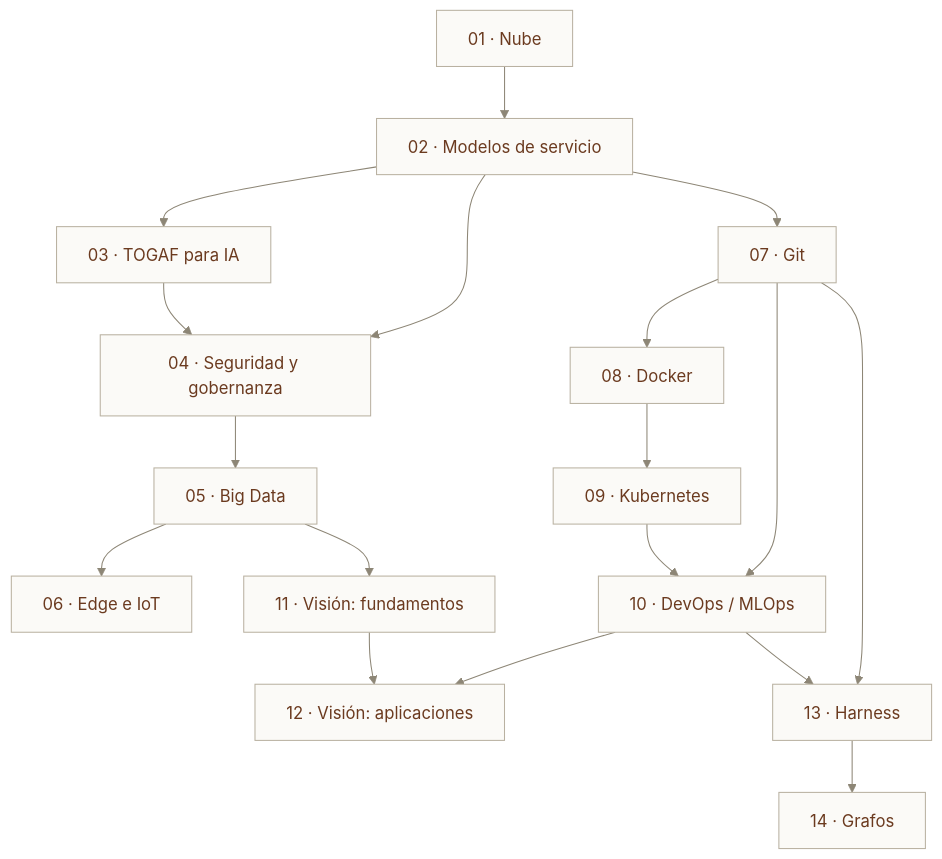
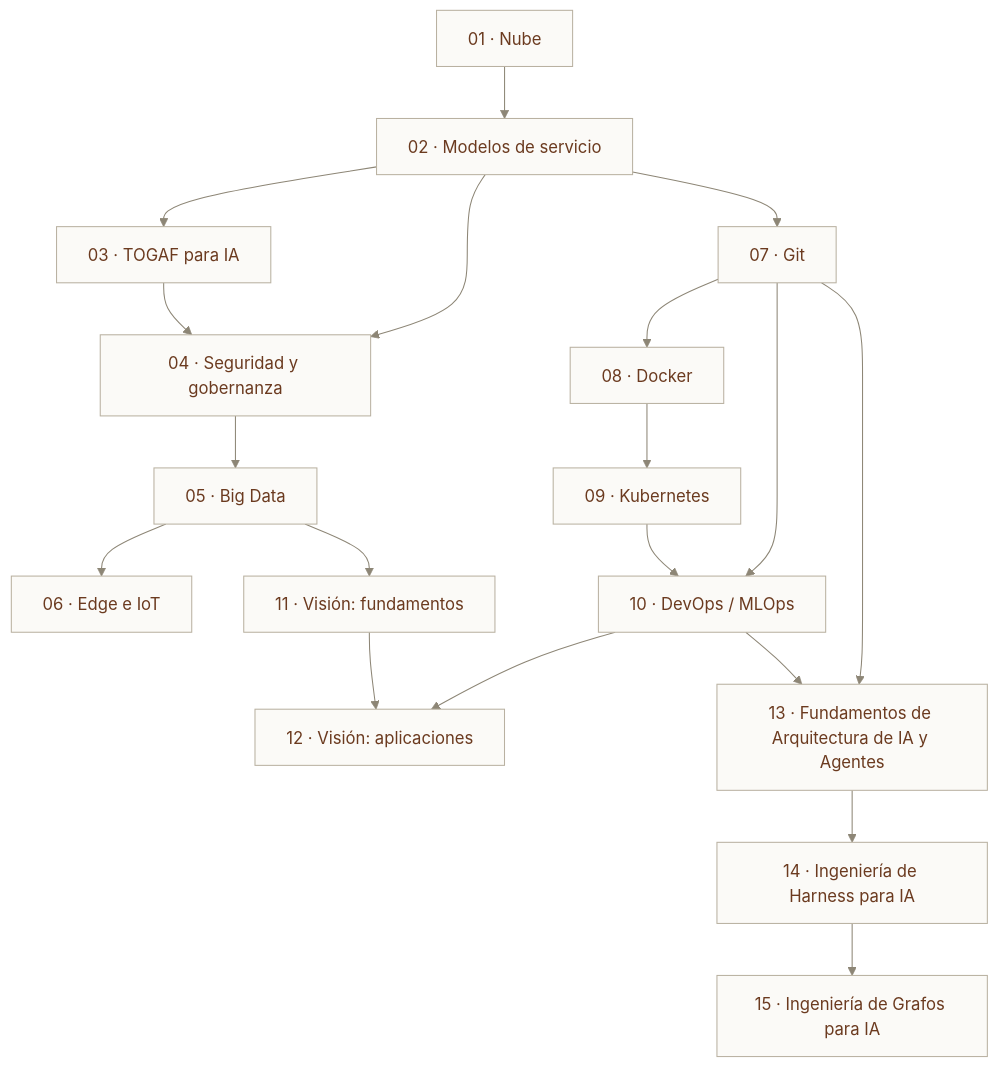
The first of 2 diagrams in docs/ruta.md (danielxxi/cloud-and-IA-para-todos), drawn with Mermaid before and after one commit. The commit also changed other lines of this file and 8 other files, not shown here.

Commit message:
feat: agregar nuevo capitulo de Arquitectura para Inteligencia Artificial y documentación general

````diff
--- a/docs/ruta.md
+++ b/docs/ruta.md
@@ -7,22 +7,23 @@
 ```mermaid
 %%{init:{"theme":"base","themeVariables":{"fontFamily":"Inter, sans-serif","darkMode":false,"background":"#f3f1ec","mainBkg":"#fbfaf7","primaryColor":"#fbfaf7","primaryTextColor":"#6b3a1f","primaryBorderColor":"#b9b1a1","secondaryColor":"#ead9ba","secondaryTextColor":"#6b3a1f","secondaryBorderColor":"#b9b1a1","tertiaryColor":"#c2d4cb","tertiaryTextColor":"#6b3a1f","tertiaryBorderColor":"#b9b1a1","lineColor":"#8d8676","textColor":"#6b3a1f","nodeTextColor":"#6b3a1f","nodeBorder":"#b9b1a1","labelTextColor":"#6b3a1f","titleColor":"#6b3a1f","edgeLabelBackground":"#f3f1ec","clusterBkg":"#efece4","clusterBorder":"#d8d2c6","cScale0":"#e2a98c","cScaleLabel0":"#6b3a1f","cScale1":"#bdb6e6","cScaleLabel1":"#6b3a1f","cScale2":"#e8d9b6","cScaleLabel2":"#6b3a1f","cScale3":"#b5d0c3","cScaleLabel3":"#6b3a1f","cScale4":"#e6cfc0","cScaleLabel4":"#6b3a1f","cScale5":"#cddcea","cScaleLabel5":"#6b3a1f"}}}%%
 flowchart TB
     M01["01 · Nube"] --> M02["02 · Modelos de servicio"]
     M02 --> M03["03 · TOGAF para IA"]
     M02 --> M04["04 · Seguridad y gobernanza"]
     M03 --> M04
     M04 --> M05["05 · Big Data"]
     M05 --> M06["06 · Edge e IoT"]
     M02 --> M07["07 · Git"]
     M07 --> M08["08 · Docker"]
     M08 --> M09["09 · Kubernetes"]
     M07 --> M10["10 · DevOps / MLOps"]
     M09 --> M10
     M05 --> M11["11 · Visión: fundamentos"]
     M11 --> M12["12 · Visión: aplicaciones"]
     M10 --> M12
-    M07 --> M13["13 · Harness"]
+    M07 --> M13["13 · Fundamentos de Arquitectura de IA y Agentes"]
     M10 --> M13
-    M13 --> M14["14 · Grafos"]
+    M13 --> M14["14 · Ingeniería de Harness para IA"]
+    M14 --> M15["15 · Ingeniería de Grafos para IA"]
     classDef default fill:#fbfaf7,stroke:#b9b1a1,stroke-width:1px,color:#6b3a1f;
 ```
````
